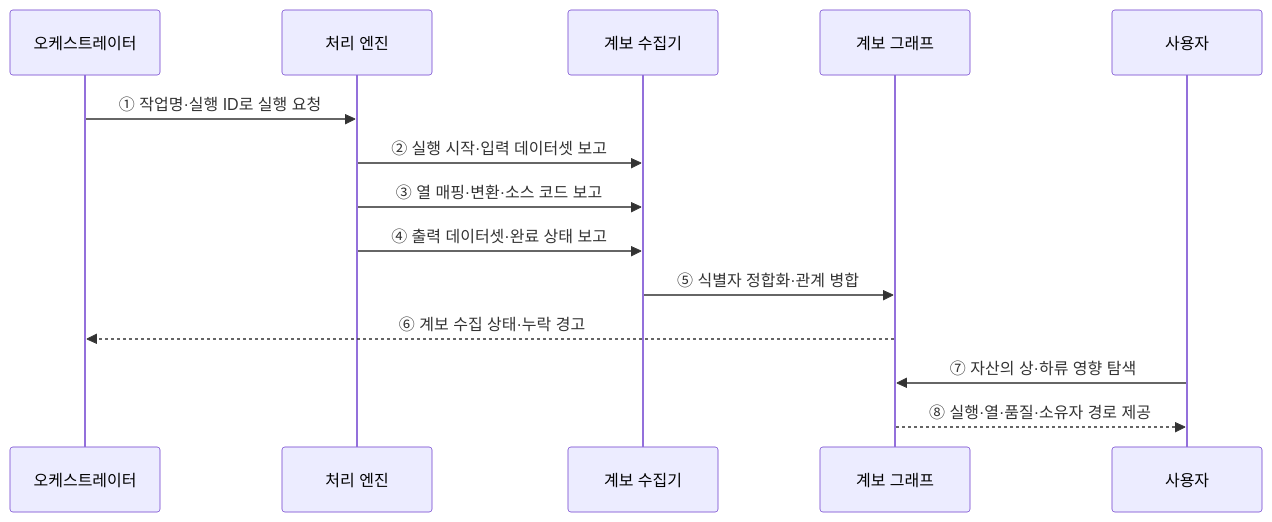
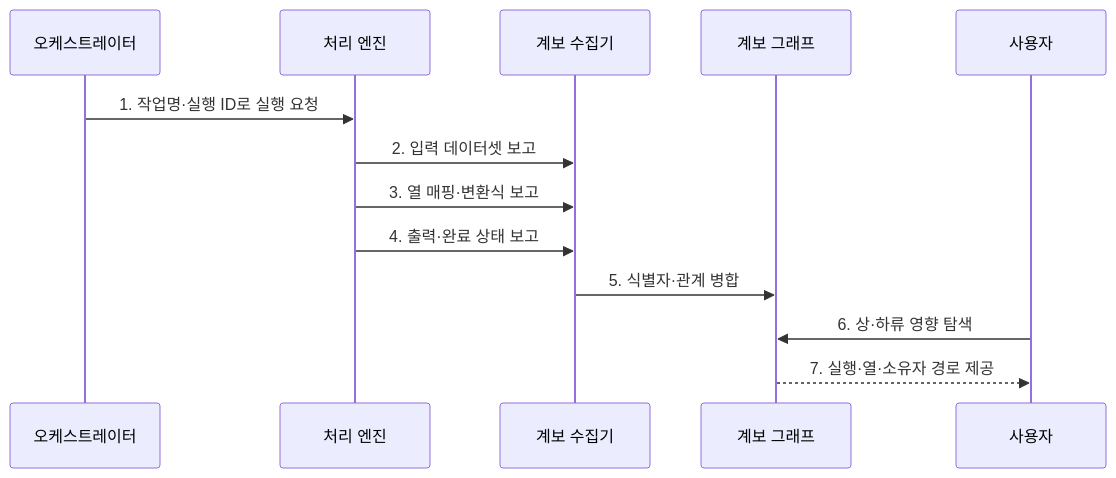
The second of 2 diagrams in src/content/docs/notes/03-software/134_data_lineage.md (agnusdei1207/knowledge-base), drawn with Mermaid before and after one commit. The commit also changed other lines of this file and 20 other files, not shown here.

````diff
--- a/src/content/docs/notes/03-software/134_data_lineage.md
+++ b/src/content/docs/notes/03-software/134_data_lineage.md
@@ -72,16 +82,15 @@
 ```mermaid
 sequenceDiagram
     participant O as 오케스트레이터
     participant E as 처리 엔진
     participant C as 계보 수집기
     participant G as 계보 그래프
     participant U as 사용자
-    O->>E: ① 작업명·실행 ID로 실행 요청
-    E->>C: ② 실행 시작·입력 데이터셋 보고
-    E->>C: ③ 열 매핑·변환·소스 코드 보고
-    E->>C: ④ 출력 데이터셋·완료 상태 보고
-    C->>G: ⑤ 식별자 정합화·관계 병합
-    G-->>O: ⑥ 계보 수집 상태·누락 경고
-    U->>G: ⑦ 자산의 상·하류 영향 탐색
-    G-->>U: ⑧ 실행·열·품질·소유자 경로 제공
+    O->>E: 1. 작업명·실행 ID로 실행 요청
+    E->>C: 2. 입력 데이터셋 보고
+    E->>C: 3. 열 매핑·변환식 보고
+    E->>C: 4. 출력·완료 상태 보고
+    C->>G: 5. 식별자·관계 병합
+    U->>G: 6. 상·하류 영향 탐색
+    G-->>U: 7. 실행·열·소유자 경로 제공
 ```
````
